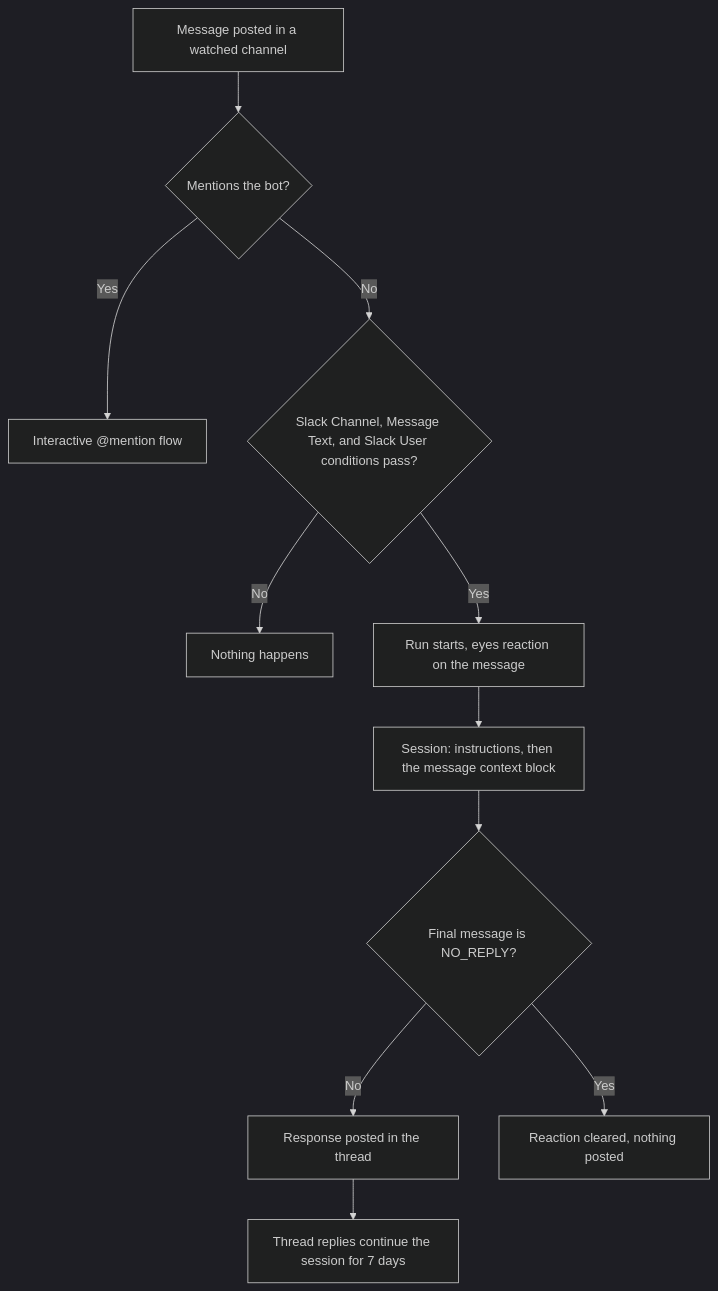
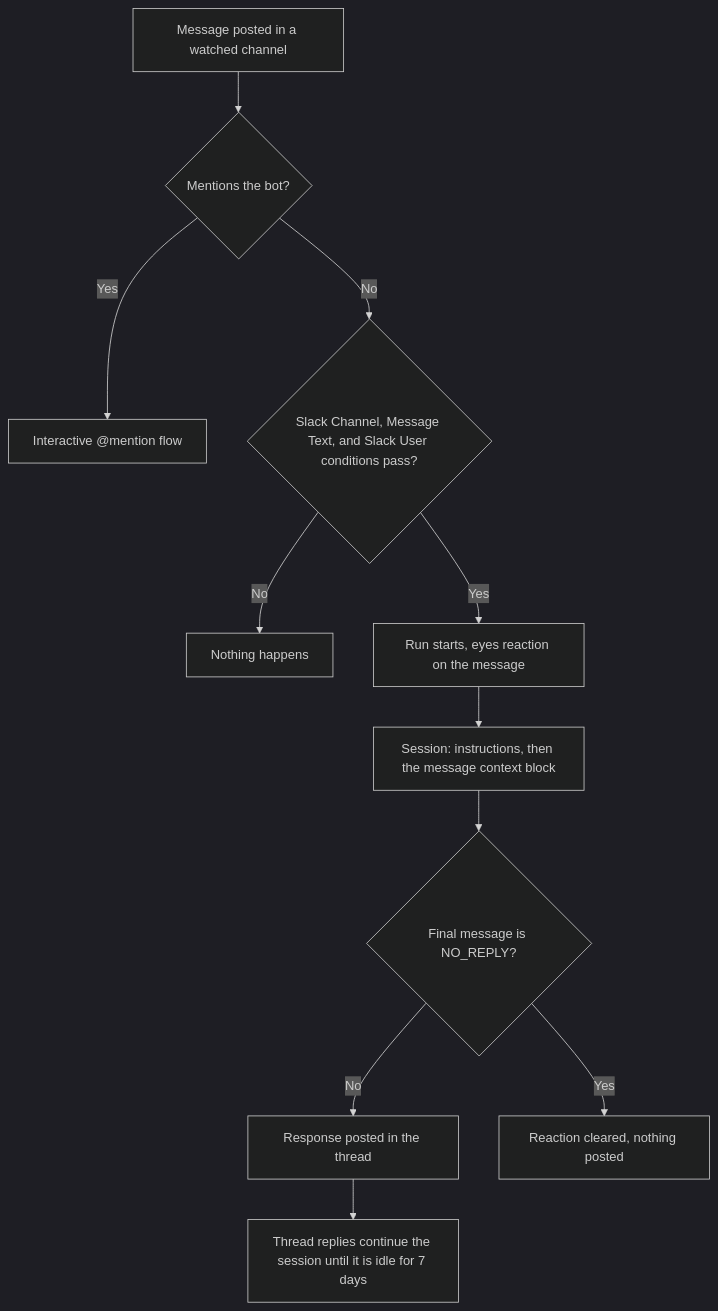
The diagram in packages/docs/content/docs/automations/slack-messages.mdx (ColeMurray/background-agents), drawn with Mermaid (dark theme) before and after one commit. The commit also changed other lines of this file and 27 other files, not shown here.

````diff
--- a/packages/docs/content/docs/automations/slack-messages.mdx
+++ b/packages/docs/content/docs/automations/slack-messages.mdx
@@ -23,14 +23,14 @@
 ```mermaid
 flowchart TB
     accTitle: How a watched Slack message is matched and answered by an automation
     message["Message posted in a watched channel"] --> mention{"Mentions the bot?"}
     mention -->|Yes| interactive["Interactive @mention flow"]
     mention -->|No| conditions{"Slack Channel, Message Text, and Slack User conditions pass?"}
     conditions -->|No| nothing["Nothing happens"]
     conditions -->|Yes| run["Run starts, eyes reaction on the message"]
     run --> session["Session: instructions, then the message context block"]
     session --> reply{"Final message is NO_REPLY?"}
     reply -->|No| posted["Response posted in the thread"]
     reply -->|Yes| cleared["Reaction cleared, nothing posted"]
-    posted --> followup["Thread replies continue the session for 7 days"]
+    posted --> followup["Thread replies continue the session until it is idle for 7 days"]
 ```
````
